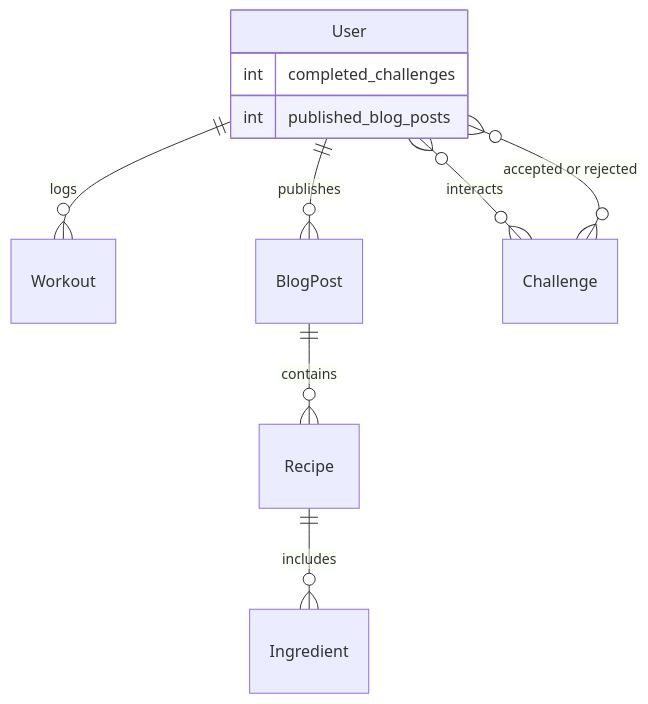
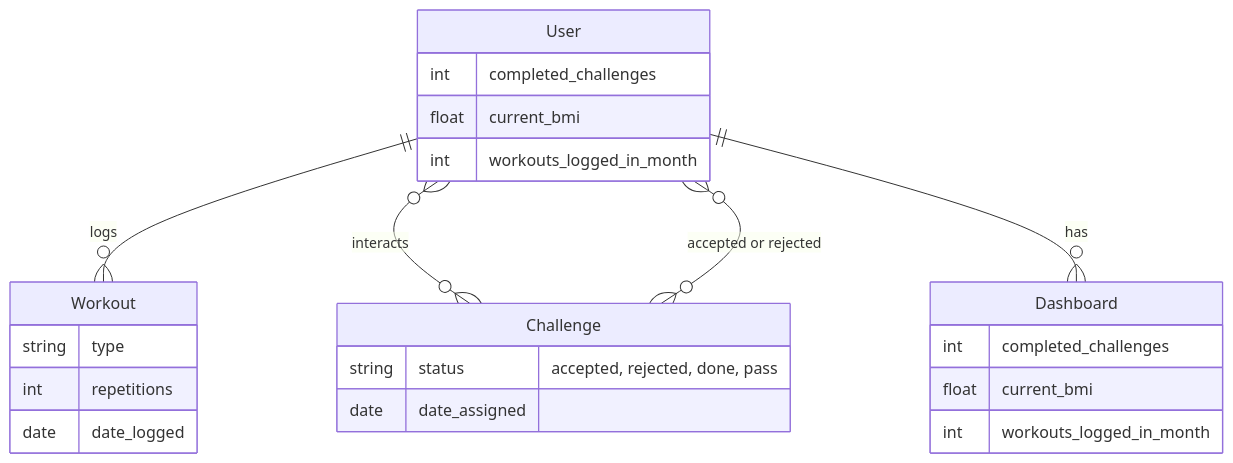
The diagram in Backend/_docs/erd.mermaid (NasaboyZ/stepsync), drawn with Mermaid before and after one commit. The commit also changed 41 other files, not shown here.

```diff
--- a/Backend/_docs/erd.mermaid
+++ b/Backend/_docs/erd.mermaid
@@ -1,13 +1,30 @@
 erDiagram
     User ||--o{ Workout : "logs"
-    User ||--o{ BlogPost : "publishes"
-    BlogPost ||--o{ Recipe : "contains"
-    Recipe ||--o{ Ingredient : "includes"
     User }o--o{ Challenge : "interacts"
     Challenge }o--o{ User : "accepted or rejected"
     
     %% Für das Dashboard %%
     User {
         int completed_challenges
-        int published_blog_posts
+        float current_bmi
+        int workouts_logged_in_month
     }
+
+    Workout {
+        string type
+        int repetitions
+        date date_logged
+    }
+    
+    Challenge {
+        string status "accepted, rejected, done, pass"
+        date date_assigned
+    }
+    
+    Dashboard {
+        int completed_challenges
+        float current_bmi
+        int workouts_logged_in_month
+    }
+    
+    User ||--o{ Dashboard : "has"
```
